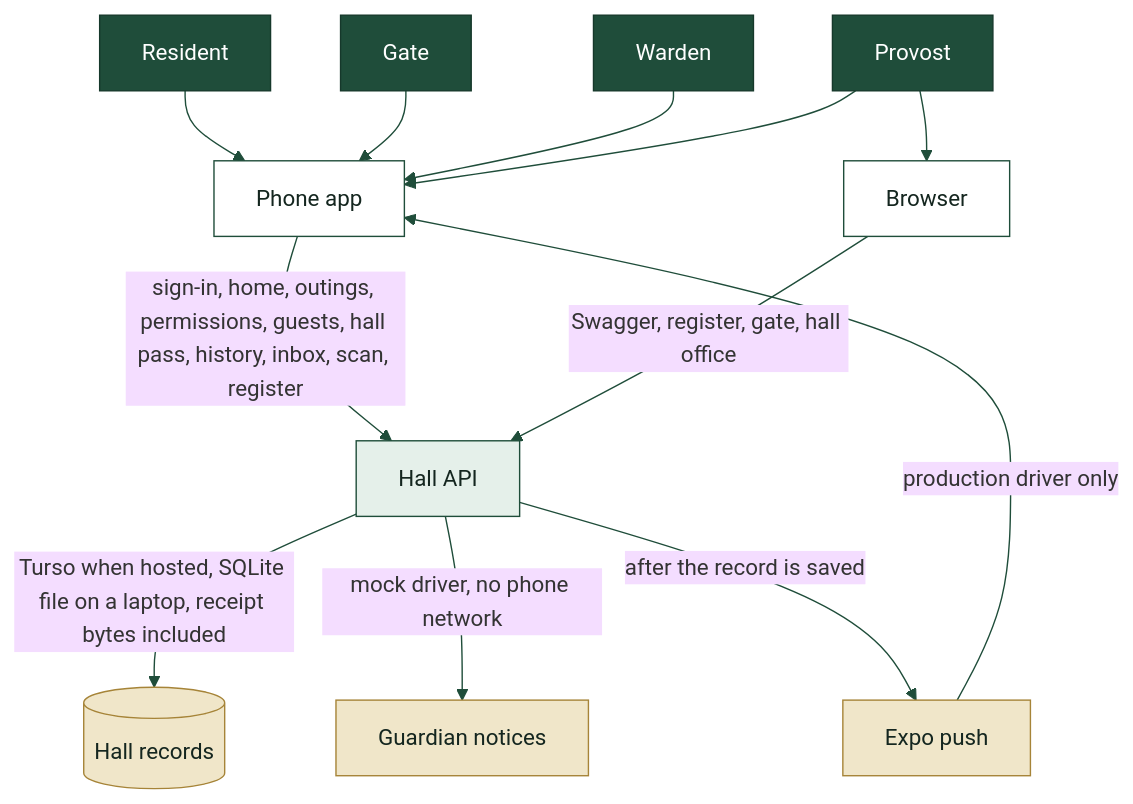
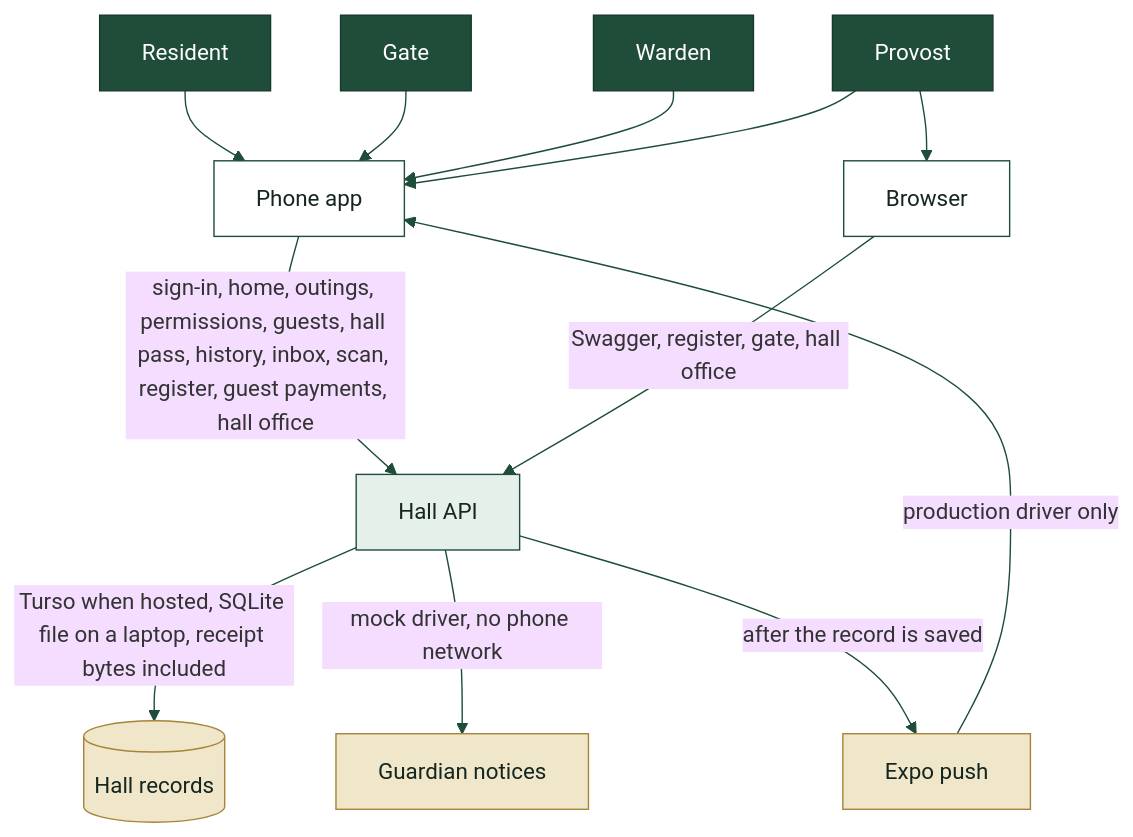
One commit to AbuIqbal123/BSJ-Hostel-Management changed the first of 4 diagrams in README.md. Above: the diagram before and after it, drawn with Mermaid. The commit also changed 1 other file, not shown here.

Commit message:
docs: phone reaches gate guests, guest payments, and the hall office

````diff
--- a/README.md
+++ b/README.md
@@ -11,35 +11,35 @@
 ```mermaid
 %%{init: {'theme': 'base', 'themeVariables': {'fontFamily': 'ui-sans-serif, sans-serif', 'lineColor': '#1F4D3A', 'textColor': '#14261F'}}}%%
 flowchart TB
   resident["Resident"]
   gate["Gate"]
   warden["Warden"]
   provost["Provost"]
   phone["Phone app"]
   browser["Browser"]
   api["Hall API"]
   records[("Hall records")]
   sms["Guardian notices"]
   push["Expo push"]
 
   resident --> phone
   gate --> phone
   warden --> phone
   provost --> phone
   provost --> browser
-  phone -->|"sign-in, home, outings, permissions, guests, hall pass, history, inbox, scan, register"| api
+  phone -->|"sign-in, home, outings, permissions, guests, hall pass, history, inbox, scan, register, guest payments, hall office"| api
   browser -->|"Swagger, register, gate, hall office"| api
   api -->|"Turso when hosted, SQLite file on a laptop, receipt bytes included"| records
   api -->|"mock driver, no phone network"| sms
   api -->|"after the record is saved"| push
   push -->|"production driver only"| phone
 
   classDef person fill:#1F4D3A,stroke:#16382B,color:#FFFFFF
   classDef client fill:#FFFFFF,stroke:#1F4D3A,color:#14261F
   classDef core fill:#E5F0EA,stroke:#1F4D3A,color:#14261F
   classDef store fill:#F0E6C9,stroke:#A68438,color:#14261F
   class resident,gate,warden,provost person
   class phone,browser client
   class api core
   class records,sms,push store
 ```
````
